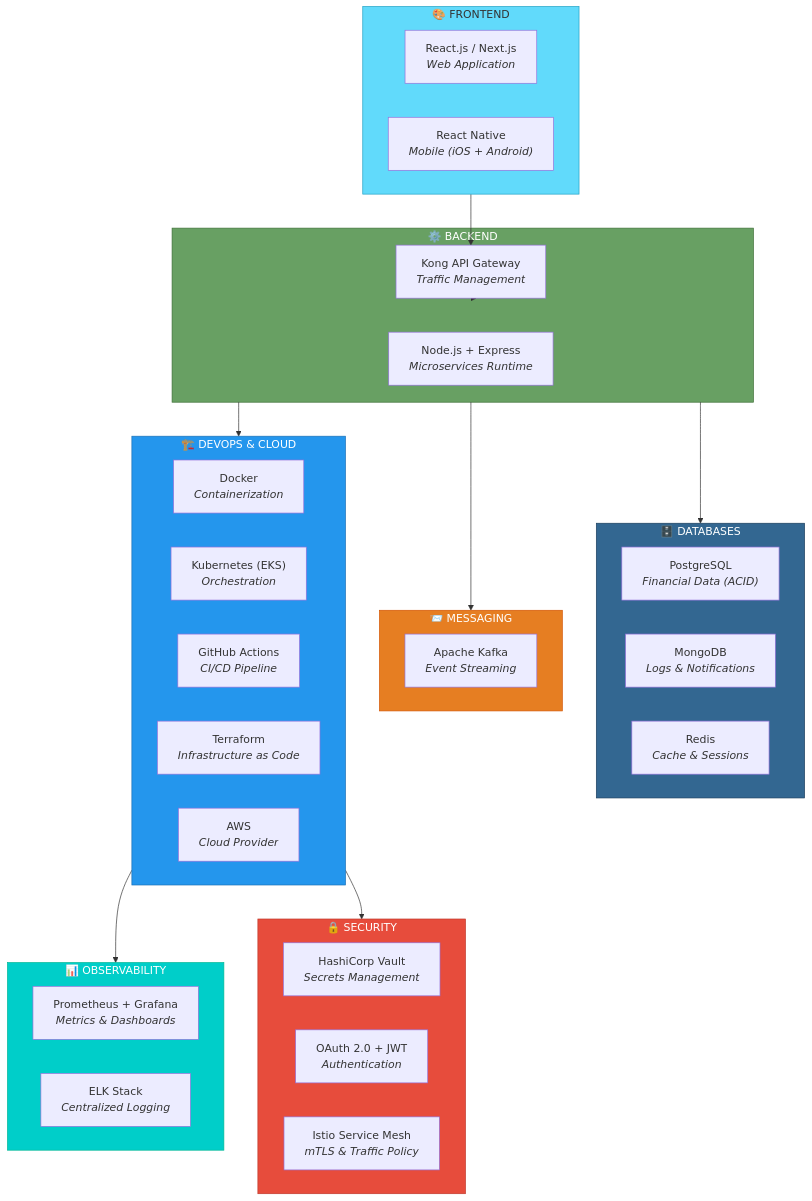
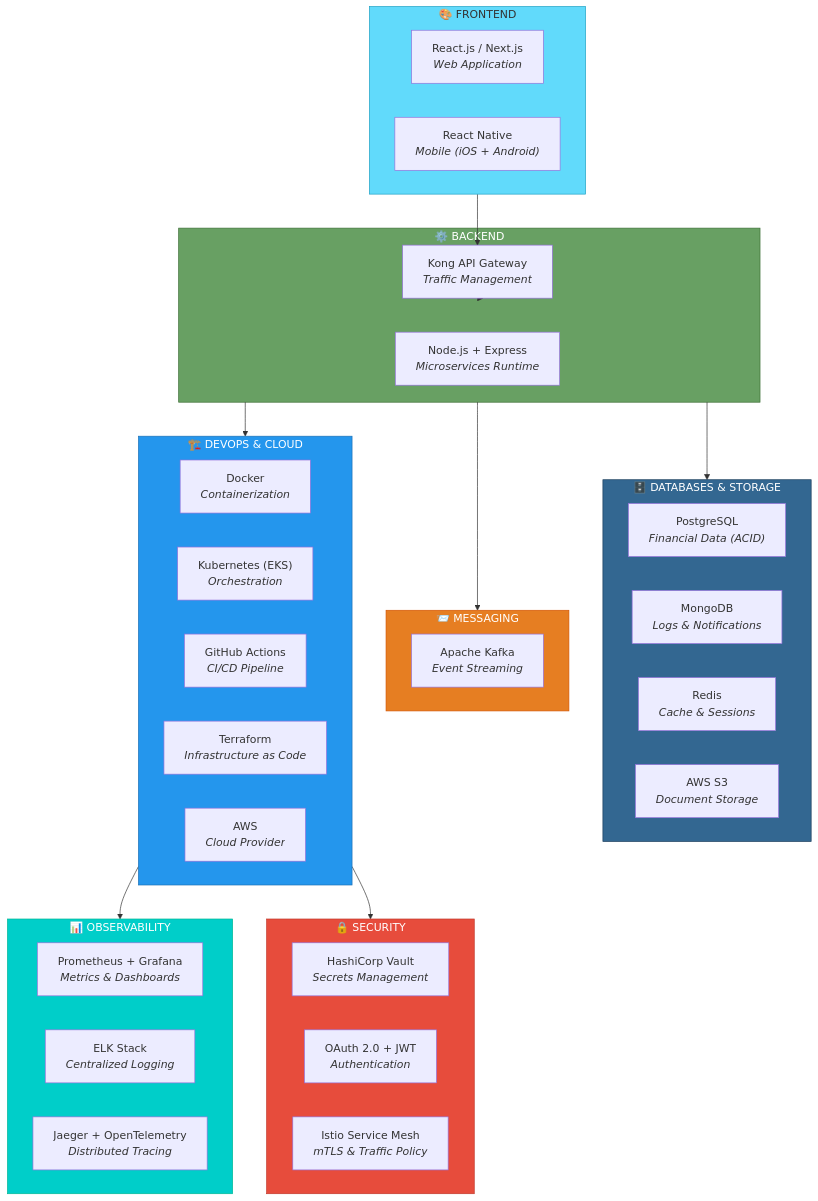
The first of 2 diagrams in Docs/technology_stack.md (sandaruns2004/Duthon_6.0_BigBug), drawn with Mermaid before and after one commit. The commit also changed other lines of this file and 13 other files, not shown here.

````diff
--- a/Docs/technology_stack.md
+++ b/Docs/technology_stack.md
@@ -19,57 +19,59 @@
 ```mermaid
 graph TD
     subgraph FE["🎨 FRONTEND"]
         REACT["React.js / Next.js<br/><i>Web Application</i>"]
         RN["React Native<br/><i>Mobile (iOS + Android)</i>"]
     end
     
     subgraph BE["⚙️ BACKEND"]
         NODE["Node.js + Express<br/><i>Microservices Runtime</i>"]
         KONG["Kong API Gateway<br/><i>Traffic Management</i>"]
     end
     
-    subgraph DB["🗄️ DATABASES"]
+    subgraph DB["🗄️ DATABASES & STORAGE"]
         PG["PostgreSQL<br/><i>Financial Data (ACID)</i>"]
         MG["MongoDB<br/><i>Logs & Notifications</i>"]
         RD["Redis<br/><i>Cache & Sessions</i>"]
+        S3["AWS S3<br/><i>Document Storage</i>"]
     end
     
     subgraph MSG["📨 MESSAGING"]
         KF["Apache Kafka<br/><i>Event Streaming</i>"]
     end
     
     subgraph DEVOPS["🏗️ DEVOPS & CLOUD"]
         DCK["Docker<br/><i>Containerization</i>"]
         K8["Kubernetes (EKS)<br/><i>Orchestration</i>"]
         GHA["GitHub Actions<br/><i>CI/CD Pipeline</i>"]
         TF["Terraform<br/><i>Infrastructure as Code</i>"]
         AWS["AWS<br/><i>Cloud Provider</i>"]
     end
     
     subgraph OBS["📊 OBSERVABILITY"]
         PROME["Prometheus + Grafana<br/><i>Metrics & Dashboards</i>"]
         ELKS["ELK Stack<br/><i>Centralized Logging</i>"]
+        JAEG["Jaeger + OpenTelemetry<br/><i>Distributed Tracing</i>"]
     end
     
     subgraph SEC["🔒 SECURITY"]
         HCV["HashiCorp Vault<br/><i>Secrets Management</i>"]
         OA["OAuth 2.0 + JWT<br/><i>Authentication</i>"]
         ISTIO["Istio Service Mesh<br/><i>mTLS & Traffic Policy</i>"]
     end
     
     FE --> KONG
     KONG --> BE
     BE --> DB
     BE --> MSG
     BE --> DEVOPS
     DEVOPS --> OBS
     DEVOPS --> SEC
     
     style FE fill:#61dafb,stroke:#21a1c4,color:#333
     style BE fill:#68a063,stroke:#3c6e35,color:#fff
     style DB fill:#336791,stroke:#1a3d5c,color:#fff
     style MSG fill:#e67e22,stroke:#d35400,color:#fff
     style DEVOPS fill:#2496ed,stroke:#1a6fb5,color:#fff
     style OBS fill:#00cec9,stroke:#00b894,color:#fff
     style SEC fill:#e74c3c,stroke:#c0392b,color:#fff
 ```
````
